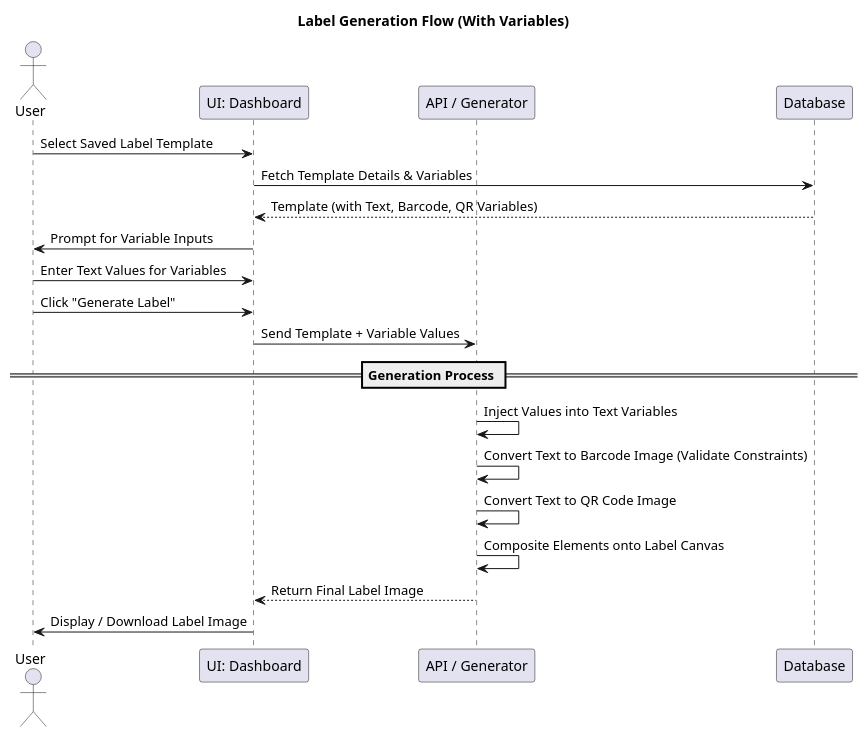
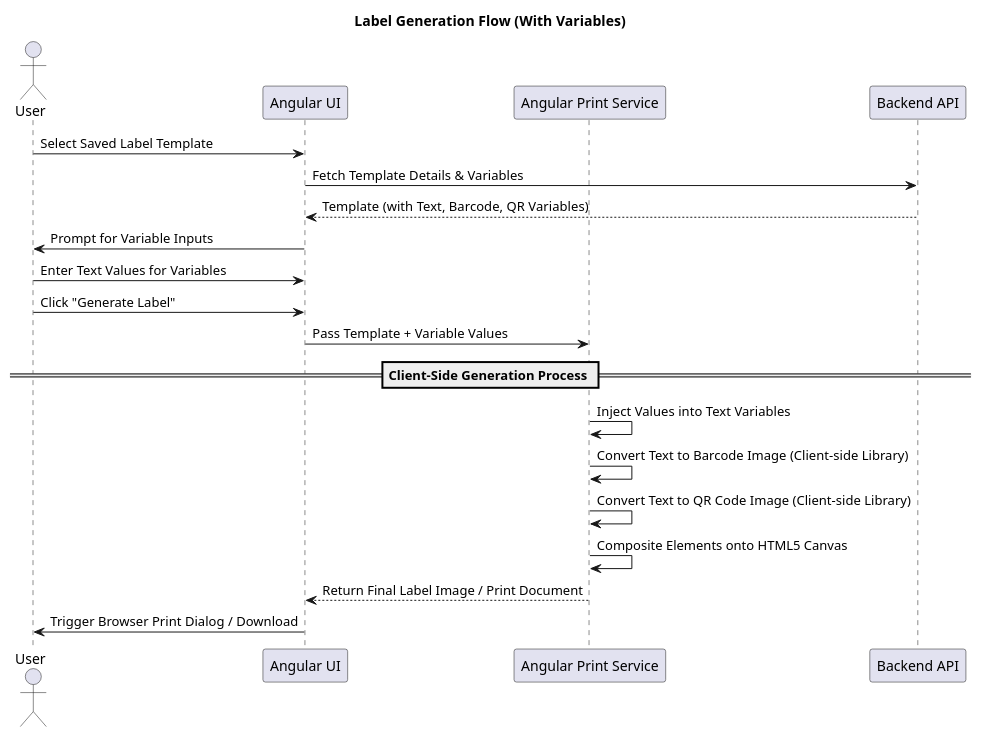
One commit to Mudith-Jayasanka/Stock-Manager changed the diagram in requirements/label_generation_flow.puml. Above: the diagram before and after it, drawn with PlantUML. The commit also changed 3 other files, not shown here.

```diff
--- a/requirements/label_generation_flow.puml
+++ b/requirements/label_generation_flow.puml
@@ -1,27 +1,27 @@
 @startuml
 title Label Generation Flow (With Variables)
 
 actor User
-participant "UI: Dashboard" as Dashboard
-participant "API / Generator" as Generator
-participant "Database" as DB
+participant "Angular UI" as UI
+participant "Angular Print Service" as Generator
+participant "Backend API" as API
 
-User -> Dashboard: Select Saved Label Template
-Dashboard -> DB: Fetch Template Details & Variables
-DB --> Dashboard: Template (with Text, Barcode, QR Variables)
+User -> UI: Select Saved Label Template
+UI -> API: Fetch Template Details & Variables
+API --> UI: Template (with Text, Barcode, QR Variables)
 
-Dashboard -> User: Prompt for Variable Inputs
-User -> Dashboard: Enter Text Values for Variables
+UI -> User: Prompt for Variable Inputs
+User -> UI: Enter Text Values for Variables
 
-User -> Dashboard: Click "Generate Label"
-Dashboard -> Generator: Send Template + Variable Values
+User -> UI: Click "Generate Label"
+UI -> Generator: Pass Template + Variable Values
 
-== Generation Process ==
+== Client-Side Generation Process ==
 Generator -> Generator: Inject Values into Text Variables
-Generator -> Generator: Convert Text to Barcode Image (Validate Constraints)
-Generator -> Generator: Convert Text to QR Code Image
-Generator -> Generator: Composite Elements onto Label Canvas
+Generator -> Generator: Convert Text to Barcode Image (Client-side Library)
+Generator -> Generator: Convert Text to QR Code Image (Client-side Library)
+Generator -> Generator: Composite Elements onto HTML5 Canvas
 
-Generator --> Dashboard: Return Final Label Image
-Dashboard -> User: Display / Download Label Image
+Generator --> UI: Return Final Label Image / Print Document
+UI -> User: Trigger Browser Print Dialog / Download
 @enduml
```
